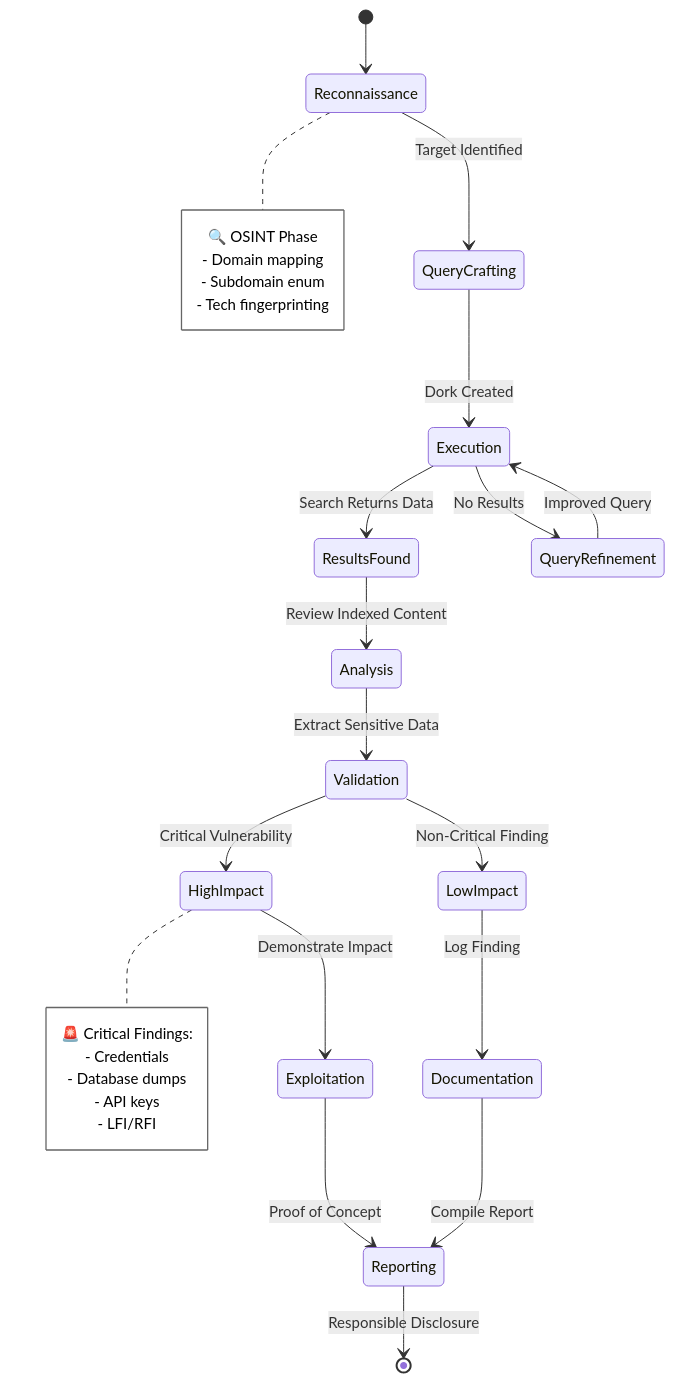
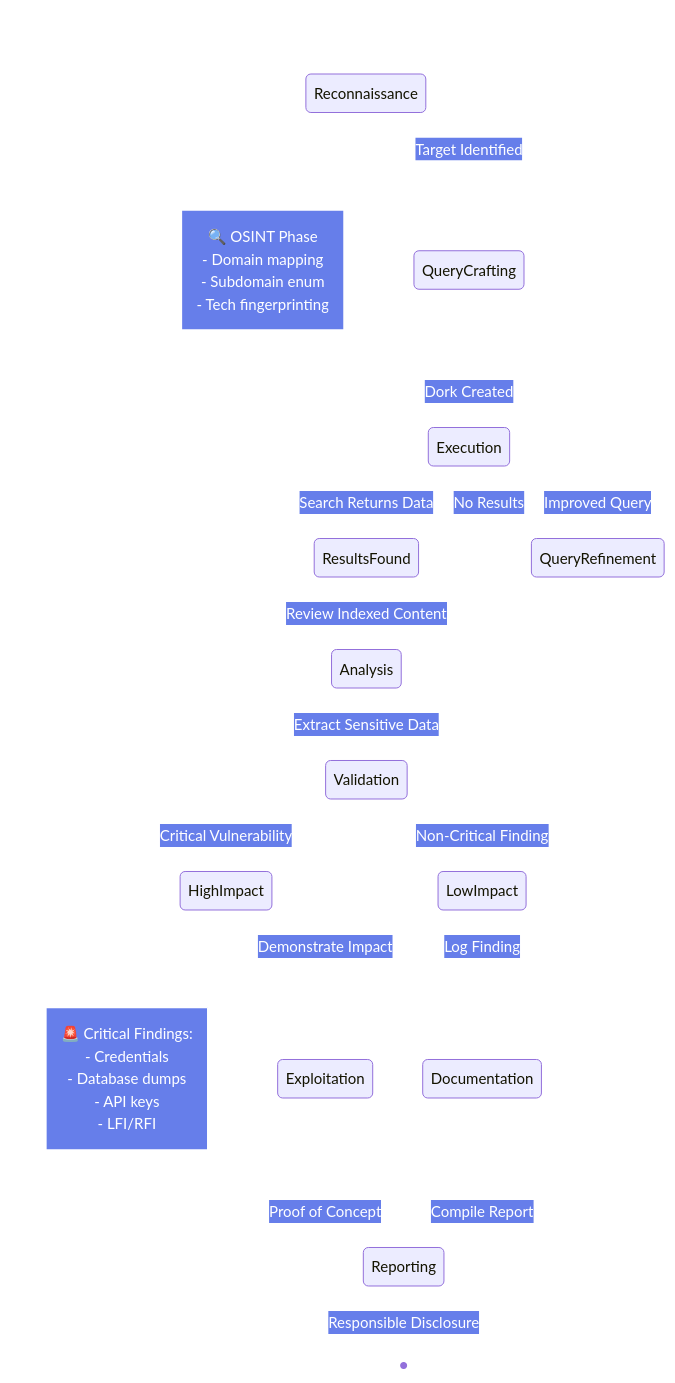
One commit to mizazhaider-ceh/Web-Security-Google-Dorking changed the third of 7 diagrams in README.md. Above: the diagram before and after it, drawn with Mermaid. The commit also changed other lines of this file, not shown here.

````diff
--- a/README.md
+++ b/README.md
@@ -158,41 +158,41 @@
 ```mermaid
-%%{init: {'theme':'default', 'themeVariables': { 'background':'#ffffff','mainBkg':'#ffffff','secondaryBkg':'#ffffff','tertiaryBkg':'#ffffff','noteBkgColor':'#ffffff','noteBorderColor':'#666','fontSize':'15px', 'fontFamily':'arial'}}}%%
+%%{init: {'theme':'default', 'themeVariables': { 'background':'#ffffff','mainBkg':'#ffffff','secondaryBkg':'#ffffff','tertiaryBkg':'#ffffff','noteBkgColor':'#667eea','noteBorderColor':'#ffffff','noteTextColor':'#ffffff','fontSize':'15px','fontFamily':'arial','labelTextColor':'#ffffff','lineColor':'#ffffff','edgeLabelBackground':'#667eea','transitionColor':'#ffffff','transitionLabelColor':'#ffffff'}}}%%
 stateDiagram-v2
     [*] --> Reconnaissance
     
     Reconnaissance --> QueryCrafting: Target Identified
     QueryCrafting --> Execution: Dork Created
     
     Execution --> ResultsFound: Search Returns Data
     Execution --> QueryRefinement: No Results
     QueryRefinement --> Execution: Improved Query
     
     ResultsFound --> Analysis: Review Indexed Content
     Analysis --> Validation: Extract Sensitive Data
     
     Validation --> LowImpact: Non-Critical Finding
     Validation --> HighImpact: Critical Vulnerability
     
     LowImpact --> Documentation: Log Finding
     HighImpact --> Exploitation: Demonstrate Impact
     
     Exploitation --> Reporting: Proof of Concept
     Documentation --> Reporting: Compile Report
     
     Reporting --> [*]: Responsible Disclosure
     
     note right of Reconnaissance
         🔍 OSINT Phase
         - Domain mapping
         - Subdomain enum
         - Tech fingerprinting
     end note
     
     note right of HighImpact
         🚨 Critical Findings:
         - Credentials
         - Database dumps
         - API keys
         - LFI/RFI
     end note
 ```
````
